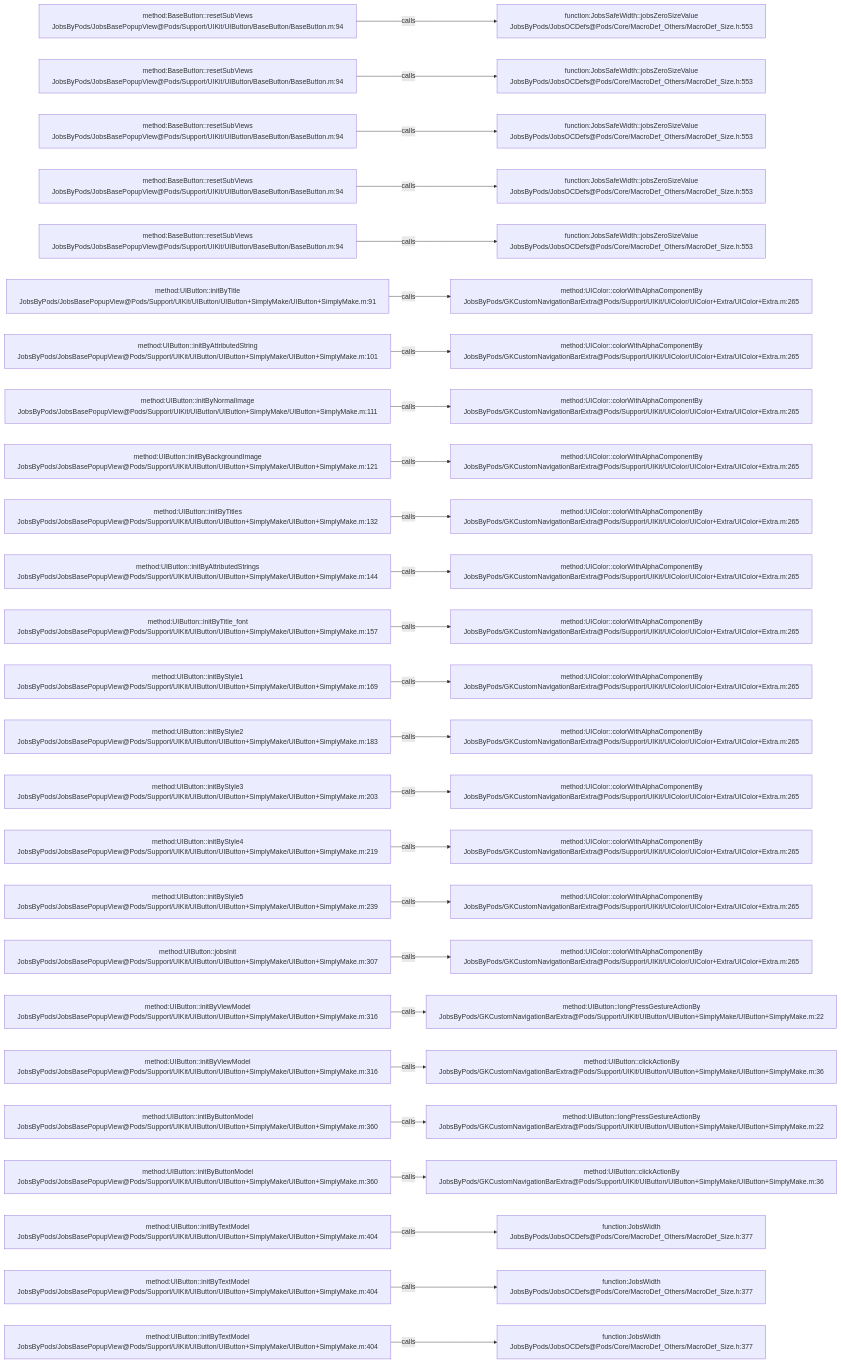
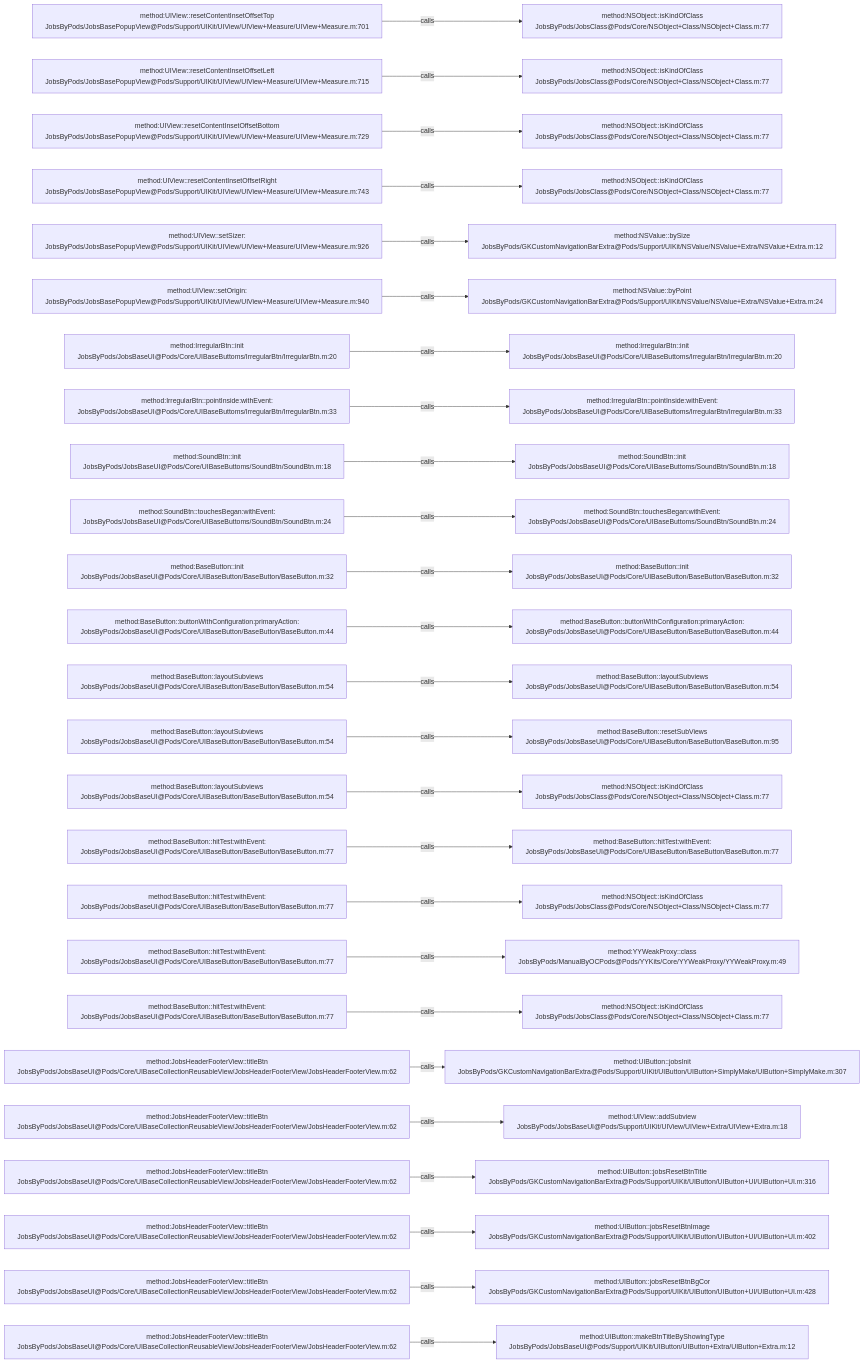
Before and after one commit to JobsKits/JobsOCBaseConfigDemo: the diagram in .codegraph/codegraph.md/graphs/calls-027.md, drawn with Mermaid. The commit also changed 1026 other files, not shown here.

````diff
--- a/.codegraph/codegraph.md/graphs/calls-027.md
+++ b/.codegraph/codegraph.md/graphs/calls-027.md
@@ -13,78 +13,78 @@
 ```mermaid
 flowchart LR
-  S1["method:BaseButton::resetSubViews<br/>JobsByPods/JobsBasePopupView@Pods/Support/UIKit/UIButton/BaseButton/BaseButton.m:94"]
-  T1["function:JobsSafeWidth::jobsZeroSizeValue<br/>JobsByPods/JobsOCDefs@Pods/Core/MacroDef_Others/MacroDef_Size.h:553"]
+  S1["method:UIView::resetContentInsetOffsetTop<br/>JobsByPods/JobsBasePopupView@Pods/Support/UIKit/UIView/UIView+Measure/UIView+Measure.m:701"]
+  T1["method:NSObject::isKindOfClass<br/>JobsByPods/JobsClass@Pods/Core/NSObject+Class/NSObject+Class.m:77"]
   S1 -->|calls| T1
-  S2["method:BaseButton::resetSubViews<br/>JobsByPods/JobsBasePopupView@Pods/Support/UIKit/UIButton/BaseButton/BaseButton.m:94"]
-  T2["function:JobsSafeWidth::jobsZeroSizeValue<br/>JobsByPods/JobsOCDefs@Pods/Core/MacroDef_Others/MacroDef_Size.h:553"]
+  S2["method:UIView::resetContentInsetOffsetLeft<br/>JobsByPods/JobsBasePopupView@Pods/Support/UIKit/UIView/UIView+Measure/UIView+Measure.m:715"]
+  T2["method:NSObject::isKindOfClass<br/>JobsByPods/JobsClass@Pods/Core/NSObject+Class/NSObject+Class.m:77"]
   S2 -->|calls| T2
-  S3["method:BaseButton::resetSubViews<br/>JobsByPods/JobsBasePopupView@Pods/Support/UIKit/UIButton/BaseButton/BaseButton.m:94"]
-  T3["function:JobsSafeWidth::jobsZeroSizeValue<br/>JobsByPods/JobsOCDefs@Pods/Core/MacroDef_Others/MacroDef_Size.h:553"]
+  S3["method:UIView::resetContentInsetOffsetBottom<br/>JobsByPods/JobsBasePopupView@Pods/Support/UIKit/UIView/UIView+Measure/UIView+Measure.m:729"]
+  T3["method:NSObject::isKindOfClass<br/>JobsByPods/JobsClass@Pods/Core/NSObject+Class/NSObject+Class.m:77"]
   S3 -->|calls| T3
-  S4["method:BaseButton::resetSubViews<br/>JobsByPods/JobsBasePopupView@Pods/Support/UIKit/UIButton/BaseButton/BaseButton.m:94"]
-  T4["function:JobsSafeWidth::jobsZeroSizeValue<br/>JobsByPods/JobsOCDefs@Pods/Core/MacroDef_Others/MacroDef_Size.h:553"]
+  S4["method:UIView::resetContentInsetOffsetRight<br/>JobsByPods/JobsBasePopupView@Pods/Support/UIKit/UIView/UIView+Measure/UIView+Measure.m:743"]
+  T4["method:NSObject::isKindOfClass<br/>JobsByPods/JobsClass@Pods/Core/NSObject+Class/NSObject+Class.m:77"]
   S4 -->|calls| T4
-  S5["method:BaseButton::resetSubViews<br/>JobsByPods/JobsBasePopupView@Pods/Support/UIKit/UIButton/BaseButton/BaseButton.m:94"]
-  T5["function:JobsSafeWidth::jobsZeroSizeValue<br/>JobsByPods/JobsOCDefs@Pods/Core/MacroDef_Others/MacroDef_Size.h:553"]
+  S5["method:UIView::setSizer:<br/>JobsByPods/JobsBasePopupView@Pods/Support/UIKit/UIView/UIView+Measure/UIView+Measure.m:926"]
+  T5["method:NSValue::bySize<br/>JobsByPods/GKCustomNavigationBarExtra@Pods/Support/UIKit/NSValue/NSValue+Extra/NSValue+Extra.m:12"]
   S5 -->|calls| T5
-  S6["method:UIButton::initByTitle<br/>JobsByPods/JobsBasePopupView@Pods/Support/UIKit/UIButton/UIButton+SimplyMake/UIButton+SimplyMake.m:91"]
-  T6["method:UIColor::colorWithAlphaComponentBy<br/>JobsByPods/GKCustomNavigationBarExtra@Pods/Support/UIKit/UIColor/UIColor+Extra/UIColor+Extra.m:265"]
+  S6["method:UIView::setOrigin:<br/>JobsByPods/JobsBasePopupView@Pods/Support/UIKit/UIView/UIView+Measure/UIView+Measure.m:940"]
+  T6["method:NSValue::byPoint<br/>JobsByPods/GKCustomNavigationBarExtra@Pods/Support/UIKit/NSValue/NSValue+Extra/NSValue+Extra.m:24"]
   S6 -->|calls| T6
-  S7["method:UIButton::initByAttributedString<br/>JobsByPods/JobsBasePopupView@Pods/Support/UIKit/UIButton/UIButton+SimplyMake/UIButton+SimplyMake.m:101"]
-  T7["method:UIColor::colorWithAlphaComponentBy<br/>JobsByPods/GKCustomNavigationBarExtra@Pods/Support/UIKit/UIColor/UIColor+Extra/UIColor+Extra.m:265"]
+  S7["method:IrregularBtn::init<br/>JobsByPods/JobsBaseUI@Pods/Core/UIBaseButtoms/IrregularBtn/IrregularBtn.m:20"]
+  T7["method:IrregularBtn::init<br/>JobsByPods/JobsBaseUI@Pods/Core/UIBaseButtoms/IrregularBtn/IrregularBtn.m:20"]
   S7 -->|calls| T7
-  S8["method:UIButton::initByNormalImage<br/>JobsByPods/JobsBasePopupView@Pods/Support/UIKit/UIButton/UIButton+SimplyMake/UIButton+SimplyMake.m:111"]
-  T8["method:UIColor::colorWithAlphaComponentBy<br/>JobsByPods/GKCustomNavigationBarExtra@Pods/Support/UIKit/UIColor/UIColor+Extra/UIColor+Extra.m:265"]
+  S8["method:IrregularBtn::pointInside:withEvent:<br/>JobsByPods/JobsBaseUI@Pods/Core/UIBaseButtoms/IrregularBtn/IrregularBtn.m:33"]
+  T8["method:IrregularBtn::pointInside:withEvent:<br/>JobsByPods/JobsBaseUI@Pods/Core/UIBaseButtoms/IrregularBtn/IrregularBtn.m:33"]
   S8 -->|calls| T8
-  S9["method:UIButton::initByBackgroundImage<br/>JobsByPods/JobsBasePopupView@Pods/Support/UIKit/UIButton/UIButton+SimplyMake/UIButton+SimplyMake.m:121"]
-  T9["method:UIColor::colorWithAlphaComponentBy<br/>JobsByPods/GKCustomNavigationBarExtra@Pods/Support/UIKit/UIColor/UIColor+Extra/UIColor+Extra.m:265"]
+  S9["method:SoundBtn::init<br/>JobsByPods/JobsBaseUI@Pods/Core/UIBaseButtoms/SoundBtn/SoundBtn.m:18"]
+  T9["method:SoundBtn::init<br/>JobsByPods/JobsBaseUI@Pods/Core/UIBaseButtoms/SoundBtn/SoundBtn.m:18"]
   S9 -->|calls| T9
-  S10["method:UIButton::initByTitles<br/>JobsByPods/JobsBasePopupView@Pods/Support/UIKit/UIButton/UIButton+SimplyMake/UIButton+SimplyMake.m:132"]
-  T10["method:UIColor::colorWithAlphaComponentBy<br/>JobsByPods/GKCustomNavigationBarExtra@Pods/Support/UIKit/UIColor/UIColor+Extra/UIColor+Extra.m:265"]
+  S10["method:SoundBtn::touchesBegan:withEvent:<br/>JobsByPods/JobsBaseUI@Pods/Core/UIBaseButtoms/SoundBtn/SoundBtn.m:24"]
+  T10["method:SoundBtn::touchesBegan:withEvent:<br/>JobsByPods/JobsBaseUI@Pods/Core/UIBaseButtoms/SoundBtn/SoundBtn.m:24"]
   S10 -->|calls| T10
-  S11["method:UIButton::initByAttributedStrings<br/>JobsByPods/JobsBasePopupView@Pods/Support/UIKit/UIButton/UIButton+SimplyMake/UIButton+SimplyMake.m:144"]
-  T11["method:UIColor::colorWithAlphaComponentBy<br/>JobsByPods/GKCustomNavigationBarExtra@Pods/Support/UIKit/UIColor/UIColor+Extra/UIColor+Extra.m:265"]
+  S11["method:BaseButton::init<br/>JobsByPods/JobsBaseUI@Pods/Core/UIBaseButton/BaseButton/BaseButton.m:32"]
+  T11["method:BaseButton::init<br/>JobsByPods/JobsBaseUI@Pods/Core/UIBaseButton/BaseButton/BaseButton.m:32"]
   S11 -->|calls| T11
-  S12["method:UIButton::initByTitle_font<br/>JobsByPods/JobsBasePopupView@Pods/Support/UIKit/UIButton/UIButton+SimplyMake/UIButton+SimplyMake.m:157"]
-  T12["method:UIColor::colorWithAlphaComponentBy<br/>JobsByPods/GKCustomNavigationBarExtra@Pods/Support/UIKit/UIColor/UIColor+Extra/UIColor+Extra.m:265"]
+  S12["method:BaseButton::buttonWithConfiguration:primaryAction:<br/>JobsByPods/JobsBaseUI@Pods/Core/UIBaseButton/BaseButton/BaseButton.m:44"]
+  T12["method:BaseButton::buttonWithConfiguration:primaryAction:<br/>JobsByPods/JobsBaseUI@Pods/Core/UIBaseButton/BaseButton/BaseButton.m:44"]
   S12 -->|calls| T12
-  S13["method:UIButton::initByStyle1<br/>JobsByPods/JobsBasePopupView@Pods/Support/UIKit/UIButton/UIButton+SimplyMake/UIButton+SimplyMake.m:169"]
-  T13["method:UIColor::colorWithAlphaComponentBy<br/>JobsByPods/GKCustomNavigationBarExtra@Pods/Support/UIKit/UIColor/UIColor+Extra/UIColor+Extra.m:265"]
+  S13["method:BaseButton::layoutSubviews<br/>JobsByPods/JobsBaseUI@Pods/Core/UIBaseButton/BaseButton/BaseButton.m:54"]
+  T13["method:BaseButton::layoutSubviews<br/>JobsByPods/JobsBaseUI@Pods/Core/UIBaseButton/BaseButton/BaseButton.m:54"]
   S13 -->|calls| T13
-  S14["method:UIButton::initByStyle2<br/>JobsByPods/JobsBasePopupView@Pods/Support/UIKit/UIButton/UIButton+SimplyMake/UIButton+SimplyMake.m:183"]
-  T14["method:UIColor::colorWithAlphaComponentBy<br/>JobsByPods/GKCustomNavigationBarExtra@Pods/Support/UIKit/UIColor/UIColor+Extra/UIColor+Extra.m:265"]
+  S14["method:BaseButton::layoutSubviews<br/>JobsByPods/JobsBaseUI@Pods/Core/UIBaseButton/BaseButton/BaseButton.m:54"]
+  T14["method:BaseButton::resetSubViews<br/>JobsByPods/JobsBaseUI@Pods/Core/UIBaseButton/BaseButton/BaseButton.m:95"]
   S14 -->|calls| T14
-  S15["method:UIButton::initByStyle3<br/>JobsByPods/JobsBasePopupView@Pods/Support/UIKit/UIButton/UIButton+SimplyMake/UIButton+SimplyMake.m:203"]
-  T15["method:UIColor::colorWithAlphaComponentBy<br/>JobsByPods/GKCustomNavigationBarExtra@Pods/Support/UIKit/UIColor/UIColor+Extra/UIColor+Extra.m:265"]
+  S15["method:BaseButton::layoutSubviews<br/>JobsByPods/JobsBaseUI@Pods/Core/UIBaseButton/BaseButton/BaseButton.m:54"]
+  T15["method:NSObject::isKindOfClass<br/>JobsByPods/JobsClass@Pods/Core/NSObject+Class/NSObject+Class.m:77"]
   S15 -->|calls| T15
-  S16["method:UIButton::initByStyle4<br/>JobsByPods/JobsBasePopupView@Pods/Support/UIKit/UIButton/UIButton+SimplyMake/UIButton+SimplyMake.m:219"]
-  T16["method:UIColor::colorWithAlphaComponentBy<br/>JobsByPods/GKCustomNavigationBarExtra@Pods/Support/UIKit/UIColor/UIColor+Extra/UIColor+Extra.m:265"]
+  S16["method:BaseButton::hitTest:withEvent:<br/>JobsByPods/JobsBaseUI@Pods/Core/UIBaseButton/BaseButton/BaseButton.m:77"]
+  T16["method:BaseButton::hitTest:withEvent:<br/>JobsByPods/JobsBaseUI@Pods/Core/UIBaseButton/BaseButton/BaseButton.m:77"]
   S16 -->|calls| T16
-  S17["method:UIButton::initByStyle5<br/>JobsByPods/JobsBasePopupView@Pods/Support/UIKit/UIButton/UIButton+SimplyMake/UIButton+SimplyMake.m:239"]
-  T17["method:UIColor::colorWithAlphaComponentBy<br/>JobsByPods/GKCustomNavigationBarExtra@Pods/Support/UIKit/UIColor/UIColor+Extra/UIColor+Extra.m:265"]
+  S17["method:BaseButton::hitTest:withEvent:<br/>JobsByPods/JobsBaseUI@Pods/Core/UIBaseButton/BaseButton/BaseButton.m:77"]
+  T17["method:NSObject::isKindOfClass<br/>JobsByPods/JobsClass@Pods/Core/NSObject+Class/NSObject+Class.m:77"]
   S17 -->|calls| T17
-  S18["method:UIButton::jobsInit<br/>JobsByPods/JobsBasePopupView@Pods/Support/UIKit/UIButton/UIButton+SimplyMake/UIButton+SimplyMake.m:307"]
-  T18["method:UIColor::colorWithAlphaComponentBy<br/>JobsByPods/GKCustomNavigationBarExtra@Pods/Support/UIKit/UIColor/UIColor+Extra/UIColor+Extra.m:265"]
+  S18["method:BaseButton::hitTest:withEvent:<br/>JobsByPods/JobsBaseUI@Pods/Core/UIBaseButton/BaseButton/BaseButton.m:77"]
+  T18["method:YYWeakProxy::class<br/>JobsByPods/ManualByOCPods@Pods/YYKits/Core/YYWeakProxy/YYWeakProxy.m:49"]
   S18 -->|calls| T18
-  S19["method:UIButton::initByViewModel<br/>JobsByPods/JobsBasePopupView@Pods/Support/UIKit/UIButton/UIButton+SimplyMake/UIButton+SimplyMake.m:316"]
-  T19["method:UIButton::longPressGestureActionBy<br/>JobsByPods/GKCustomNavigationBarExtra@Pods/Support/UIKit/UIButton/UIButton+SimplyMake/UIButton+SimplyMake.m:22"]
+  S19["method:BaseButton::hitTest:withEvent:<br/>JobsByPods/JobsBaseUI@Pods/Core/UIBaseButton/BaseButton/BaseButton.m:77"]
+  T19["method:NSObject::isKindOfClass<br/>JobsByPods/JobsClass@Pods/Core/NSObject+Class/NSObject+Class.m:77"]
   S19 -->|calls| T19
-  S20["method:UIButton::initByViewModel<br/>JobsByPods/JobsBasePopupView@Pods/Support/UIKit/UIButton/UIButton+SimplyMake/UIButton+SimplyMake.m:316"]
-  T20["method:UIButton::clickActionBy<br/>JobsByPods/GKCustomNavigationBarExtra@Pods/Support/UIKit/UIButton/UIButton+SimplyMake/UIButton+SimplyMake.m:36"]
+  S20["method:JobsHeaderFooterView::titleBtn<br/>JobsByPods/JobsBaseUI@Pods/Core/UIBaseCollectionReusableView/JobsHeaderFooterView/JobsHeaderFooterView.m:62"]
+  T20["method:UIButton::jobsInit<br/>JobsByPods/GKCustomNavigationBarExtra@Pods/Support/UIKit/UIButton/UIButton+SimplyMake/UIButton+SimplyMake.m:307"]
   S20 -->|calls| T20
-  S21["method:UIButton::initByButtonModel<br/>JobsByPods/JobsBasePopupView@Pods/Support/UIKit/UIButton/UIButton+SimplyMake/UIButton+SimplyMake.m:360"]
-  T21["method:UIButton::longPressGestureActionBy<br/>JobsByPods/GKCustomNavigationBarExtra@Pods/Support/UIKit/UIButton/UIButton+SimplyMake/UIButton+SimplyMake.m:22"]
+  S21["method:JobsHeaderFooterView::titleBtn<br/>JobsByPods/JobsBaseUI@Pods/Core/UIBaseCollectionReusableView/JobsHeaderFooterView/JobsHeaderFooterView.m:62"]
+  T21["method:UIView::addSubview<br/>JobsByPods/JobsBaseUI@Pods/Support/UIKit/UIView/UIView+Extra/UIView+Extra.m:18"]
   S21 -->|calls| T21
-  S22["method:UIButton::initByButtonModel<br/>JobsByPods/JobsBasePopupView@Pods/Support/UIKit/UIButton/UIButton+SimplyMake/UIButton+SimplyMake.m:360"]
-  T22["method:UIButton::clickActionBy<br/>JobsByPods/GKCustomNavigationBarExtra@Pods/Support/UIKit/UIButton/UIButton+SimplyMake/UIButton+SimplyMake.m:36"]
+  S22["method:JobsHeaderFooterView::titleBtn<br/>JobsByPods/JobsBaseUI@Pods/Core/UIBaseCollectionReusableView/JobsHeaderFooterView/JobsHeaderFooterView.m:62"]
+  T22["method:UIButton::jobsResetBtnTitle<br/>JobsByPods/GKCustomNavigationBarExtra@Pods/Support/UIKit/UIButton/UIButton+UI/UIButton+UI.m:316"]
   S22 -->|calls| T22
-  S23["method:UIButton::initByTextModel<br/>JobsByPods/JobsBasePopupView@Pods/Support/UIKit/UIButton/UIButton+SimplyMake/UIButton+SimplyMake.m:404"]
-  T23["function:JobsWidth<br/>JobsByPods/JobsOCDefs@Pods/Core/MacroDef_Others/MacroDef_Size.h:377"]
+  S23["method:JobsHeaderFooterView::titleBtn<br/>JobsByPods/JobsBaseUI@Pods/Core/UIBaseCollectionReusableView/JobsHeaderFooterView/JobsHeaderFooterView.m:62"]
+  T23["method:UIButton::jobsResetBtnImage<br/>JobsByPods/GKCustomNavigationBarExtra@Pods/Support/UIKit/UIButton/UIButton+UI/UIButton+UI.m:402"]
   S23 -->|calls| T23
-  S24["method:UIButton::initByTextModel<br/>JobsByPods/JobsBasePopupView@Pods/Support/UIKit/UIButton/UIButton+SimplyMake/UIButton+SimplyMake.m:404"]
-  T24["function:JobsWidth<br/>JobsByPods/JobsOCDefs@Pods/Core/MacroDef_Others/MacroDef_Size.h:377"]
+  S24["method:JobsHeaderFooterView::titleBtn<br/>JobsByPods/JobsBaseUI@Pods/Core/UIBaseCollectionReusableView/JobsHeaderFooterView/JobsHeaderFooterView.m:62"]
+  T24["method:UIButton::jobsResetBtnBgCor<br/>JobsByPods/GKCustomNavigationBarExtra@Pods/Support/UIKit/UIButton/UIButton+UI/UIButton+UI.m:428"]
   S24 -->|calls| T24
-  S25["method:UIButton::initByTextModel<br/>JobsByPods/JobsBasePopupView@Pods/Support/UIKit/UIButton/UIButton+SimplyMake/UIButton+SimplyMake.m:404"]
-  T25["function:JobsWidth<br/>JobsByPods/JobsOCDefs@Pods/Core/MacroDef_Others/MacroDef_Size.h:377"]
+  S25["method:JobsHeaderFooterView::titleBtn<br/>JobsByPods/JobsBaseUI@Pods/Core/UIBaseCollectionReusableView/JobsHeaderFooterView/JobsHeaderFooterView.m:62"]
+  T25["method:UIButton::makeBtnTitleByShowingType<br/>JobsByPods/JobsBaseUI@Pods/Support/UIKit/UIButton/UIButton+Extra/UIButton+Extra.m:12"]
   S25 -->|calls| T25
 ```
````
